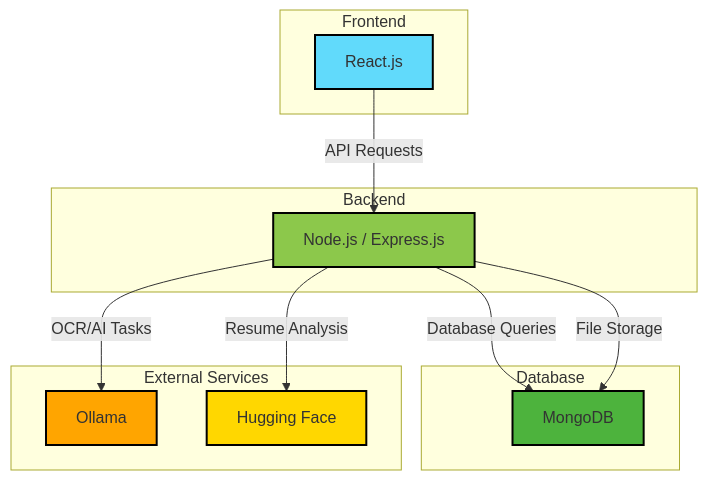
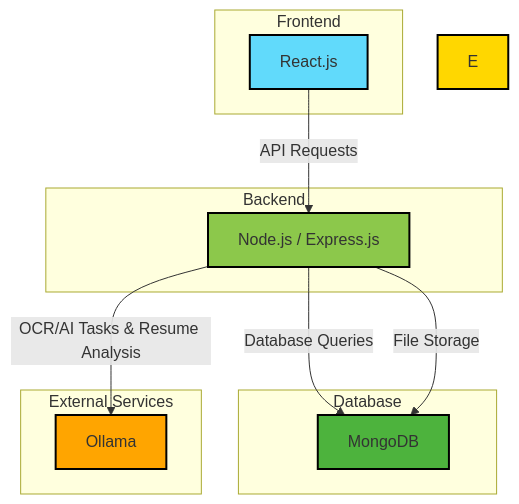
The first of 4 diagrams in README.md (MohammedAshikM3003/Placement-Portal), drawn with Mermaid before and after one commit. The commit also changed other lines of this file and 7 other files, not shown here.

First line of the commit message:
refactor: Remove unused Hugging Face references and fix certificate popups

````diff
--- a/README.md
+++ b/README.md
@@ -46,31 +46,29 @@
 ```mermaid
 graph TD
     subgraph Frontend
         A[React.js]
     end
 
     subgraph Backend
         B[Node.js / Express.js]
     end
 
     subgraph Database
         C[MongoDB]
     end
 
     subgraph "External Services"
         D[Ollama]
-        E[Hugging Face]
     end
 
     A -- "API Requests" --> B
     B -- "Database Queries" --> C
     B -- "File Storage" --> C
-    B -- "OCR/AI Tasks" --> D
-    B -- "Resume Analysis" --> E
+    B -- "OCR/AI Tasks & Resume Analysis" --> D
 
     style A fill:#61DAFB,stroke:#000,stroke-width:2px
     style B fill:#8CC84B,stroke:#000,stroke-width:2px
     style C fill:#4DB33D,stroke:#000,stroke-width:2px
     style D fill:#FFA500,stroke:#000,stroke-width:2px
     style E fill:#FFD700,stroke:#000,stroke-width:2px
 ```
````
